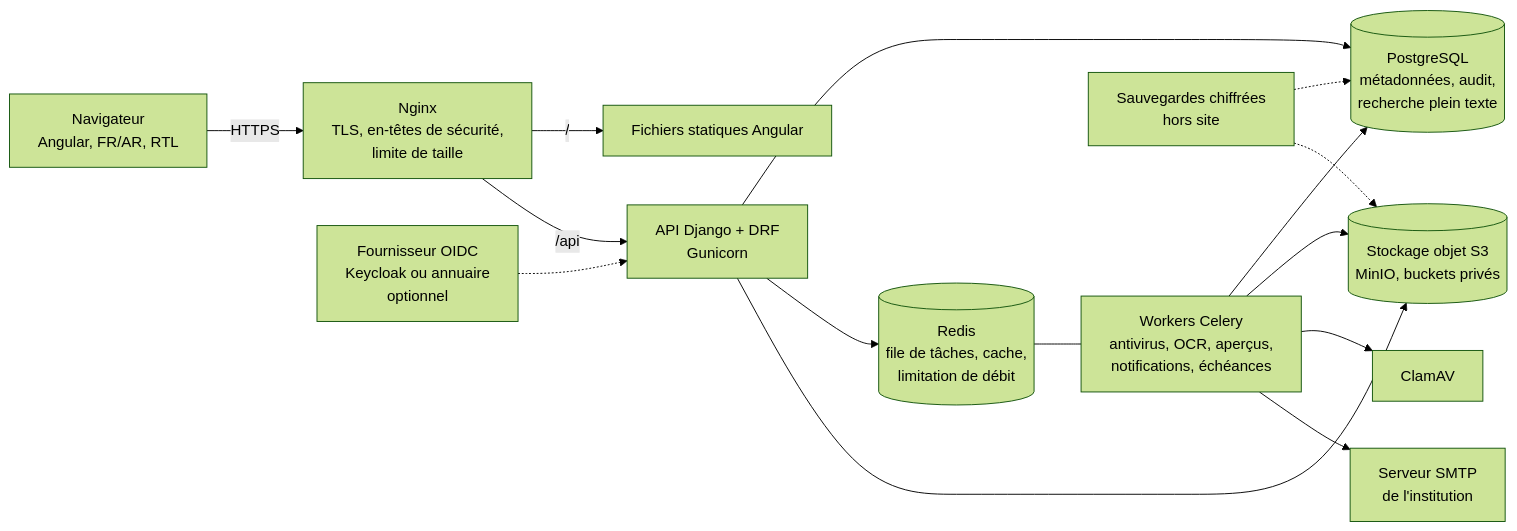
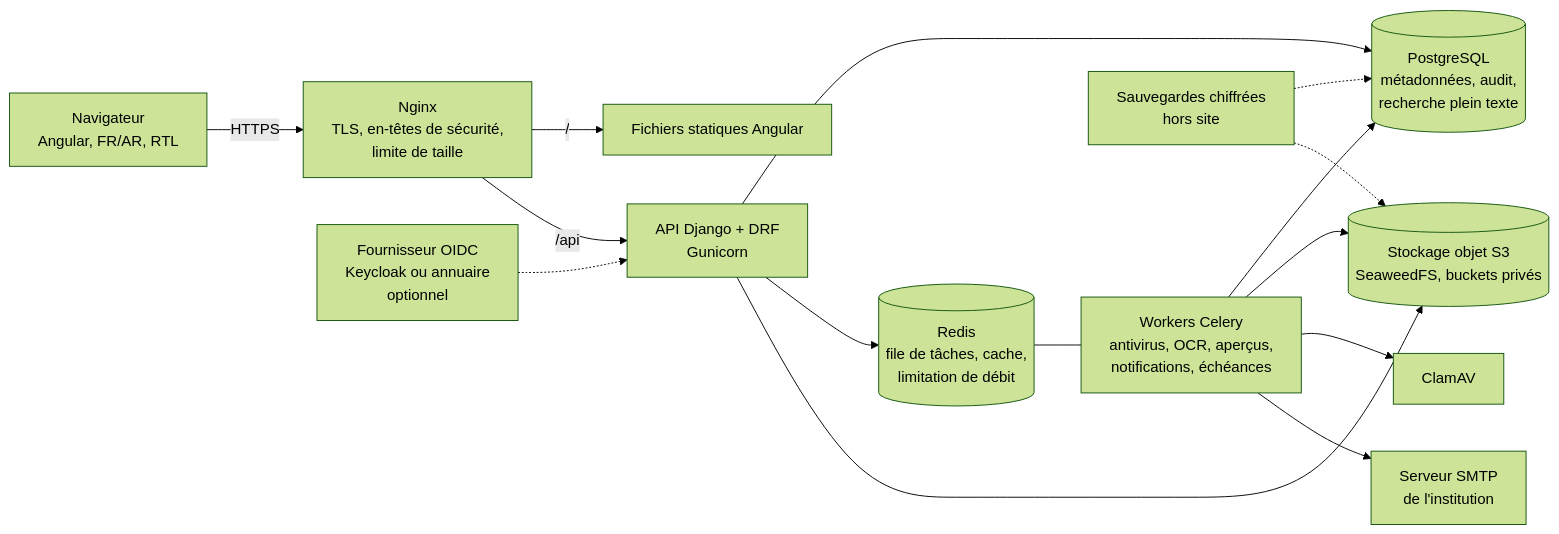
The diagram in docs/ged/01-architecture.md (arafatahmed/ged), drawn with Mermaid (forest theme) before and after one commit. The commit also changed other lines of this file and 75 other files, not shown here.

````diff
--- a/docs/ged/01-architecture.md
+++ b/docs/ged/01-architecture.md
@@ -9,17 +9,17 @@
 ```mermaid
 flowchart LR
     U[Navigateur<br/>Angular, FR/AR, RTL] -->|HTTPS| N[Nginx<br/>TLS, en-têtes de sécurité,<br/>limite de taille]
     N -->|/| F[Fichiers statiques Angular]
     N -->|/api| A[API Django + DRF<br/>Gunicorn]
     A --> P[(PostgreSQL<br/>métadonnées, audit,<br/>recherche plein texte)]
     A --> R[(Redis<br/>file de tâches, cache,<br/>limitation de débit)]
-    A --> S[(Stockage objet S3<br/>MinIO, buckets privés)]
+    A --> S[(Stockage objet S3<br/>SeaweedFS, buckets privés)]
     W[Workers Celery<br/>antivirus, OCR, aperçus,<br/>notifications, échéances] --> P
     W --> S
     W --> C[ClamAV]
     W --> M[Serveur SMTP<br/>de l'institution]
     R --- W
     K[Fournisseur OIDC<br/>Keycloak ou annuaire<br/>optionnel] -.-> A
     B[Sauvegardes chiffrées<br/>hors site] -.-> P
     B -.-> S
 ```
````
